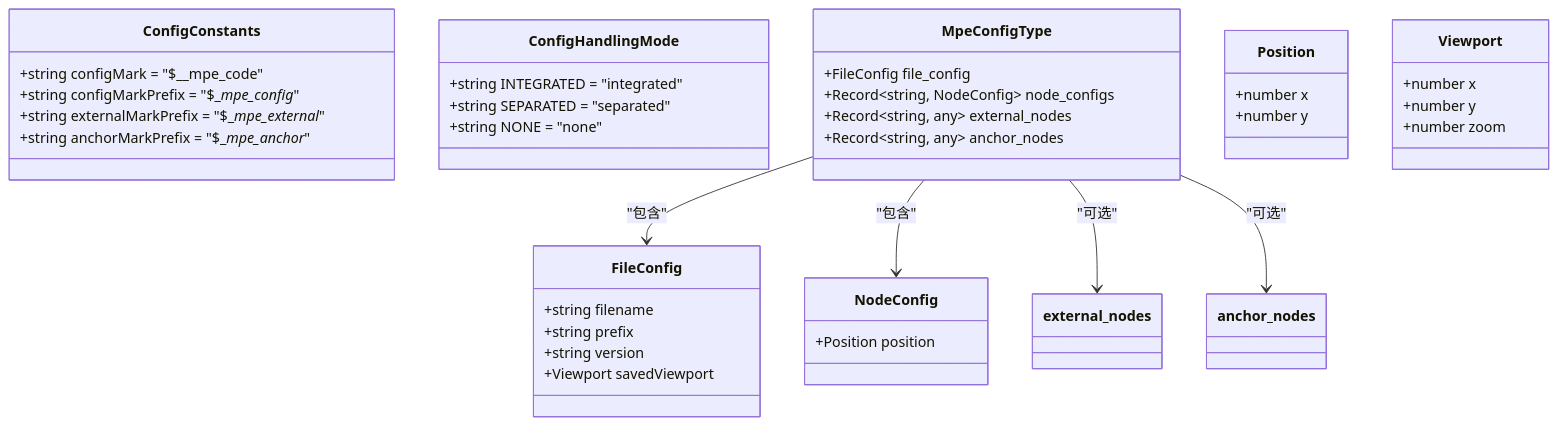
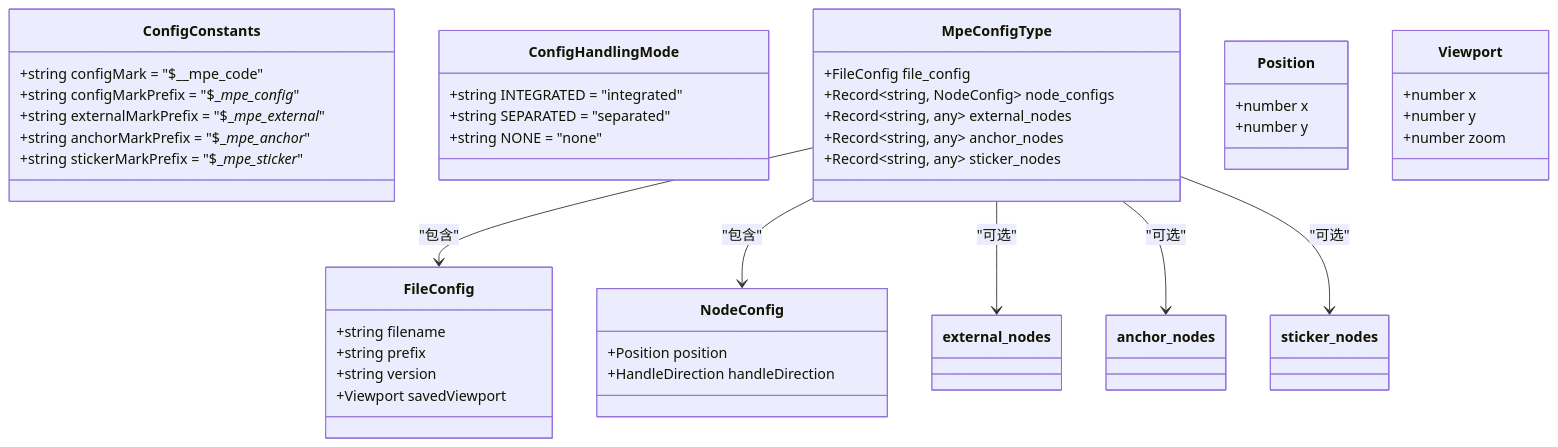
Before and after one commit to kqcoxn/MaaPipelineEditor: the first of 5 diagrams in .qoder/repowiki/zh/content/特性/解析器/配置分割与合并.md, drawn with Mermaid. The commit also changed other lines of this file and 6 other files, not shown here.

````diff
--- a/.qoder/repowiki/zh/content/特性/解析器/配置分割与合并.md
+++ b/.qoder/repowiki/zh/content/特性/解析器/配置分割与合并.md
@@ -54,42 +68,46 @@
 ```mermaid
 classDiagram
 class ConfigConstants {
 +string configMark = "$__mpe_code"
 +string configMarkPrefix = "$__mpe_config_"
 +string externalMarkPrefix = "$__mpe_external_"
 +string anchorMarkPrefix = "$__mpe_anchor_"
++string stickerMarkPrefix = "$__mpe_sticker_"
 }
 class ConfigHandlingMode {
 +string INTEGRATED = "integrated"
 +string SEPARATED = "separated"
 +string NONE = "none"
 }
 class MpeConfigType {
 +FileConfig file_config
 +Record~string, NodeConfig~ node_configs
 +Record~string, any~ external_nodes
 +Record~string, any~ anchor_nodes
++Record~string, any~ sticker_nodes
 }
 class FileConfig {
 +string filename
 +string prefix
 +string version
 +Viewport savedViewport
 }
 class NodeConfig {
 +Position position
++HandleDirection handleDirection
 }
 class Position {
 +number x
 +number y
 }
 class Viewport {
 +number x
 +number y
 +number zoom
 }
 MpeConfigType --> FileConfig : "包含"
 MpeConfigType --> NodeConfig : "包含"
 MpeConfigType --> external_nodes : "可选"
 MpeConfigType --> anchor_nodes : "可选"
+MpeConfigType --> sticker_nodes : "可选"
 ```
````
